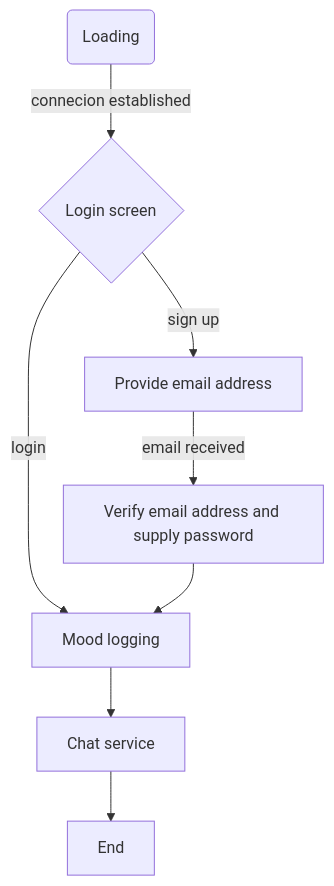
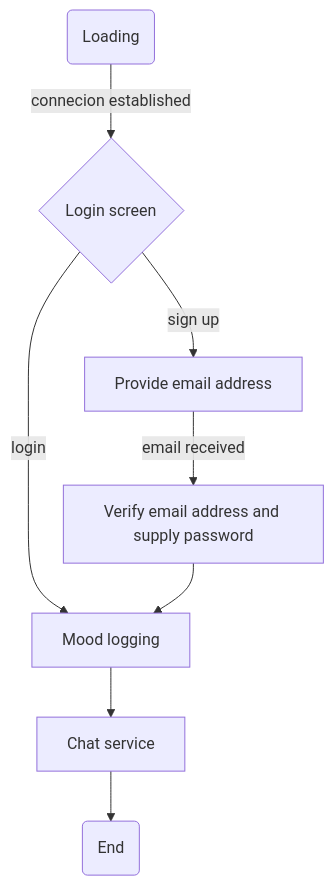
The first of 2 diagrams in documentation/server.md (Lyrenhex/eos), drawn with Mermaid before and after one commit.

Commit message:
Make `end` in flowchart rounded
Match flowchart standards

````diff
--- a/documentation/server.md
+++ b/documentation/server.md
@@ -22,10 +22,10 @@
 ```mermaid
 graph TD;
     Load(Loading) --> |connecion established| Login{Login screen};
     Login --> |login| Log[Mood logging];
     Login --> |sign up| Email[Provide email address];
     Email --> |email received| Verify[Verify email address and supply password];
     Verify --> Log;
     Log --> Chat[Chat service];
-    Chat --> End;
+    Chat --> End(End);
 ```
````
